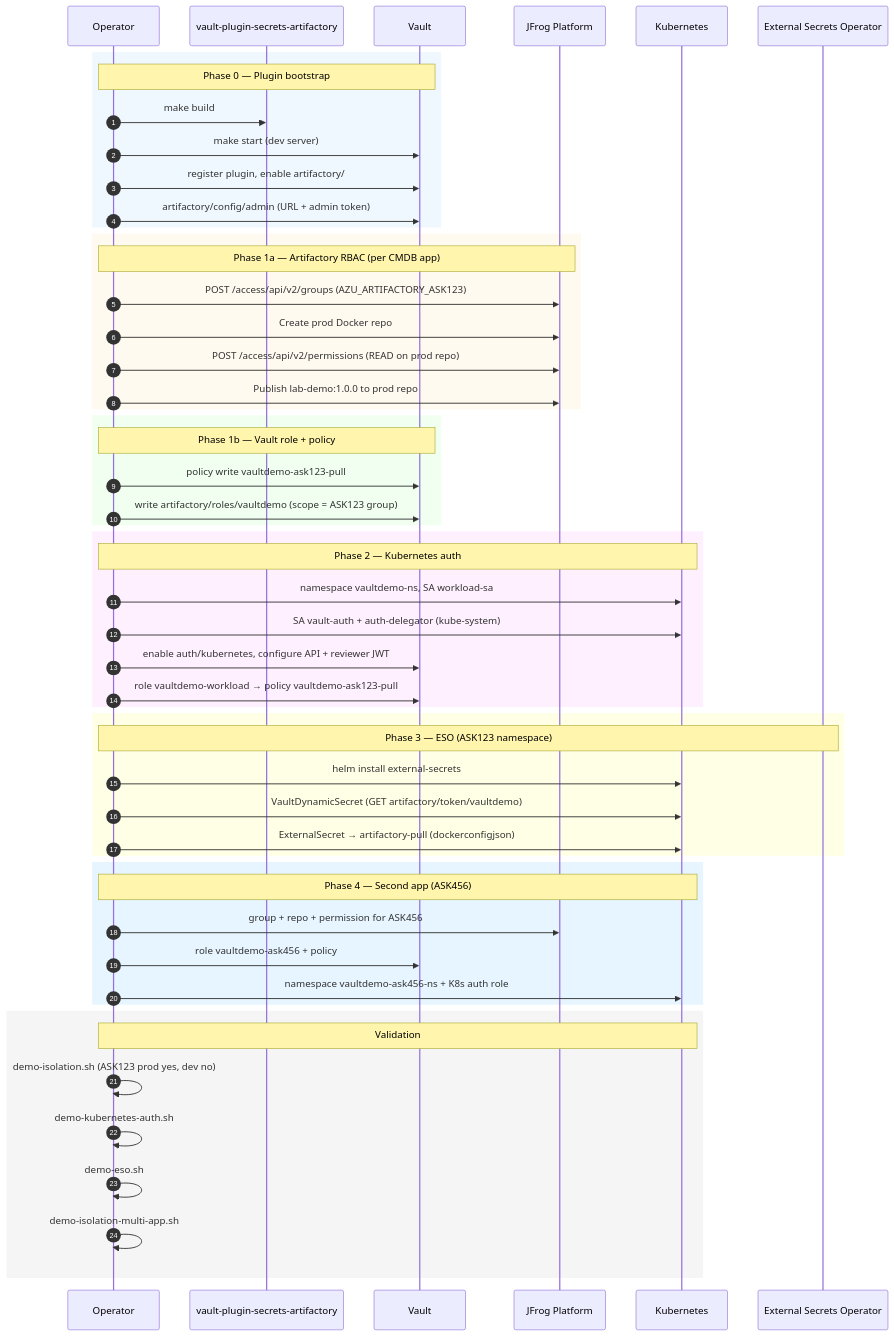
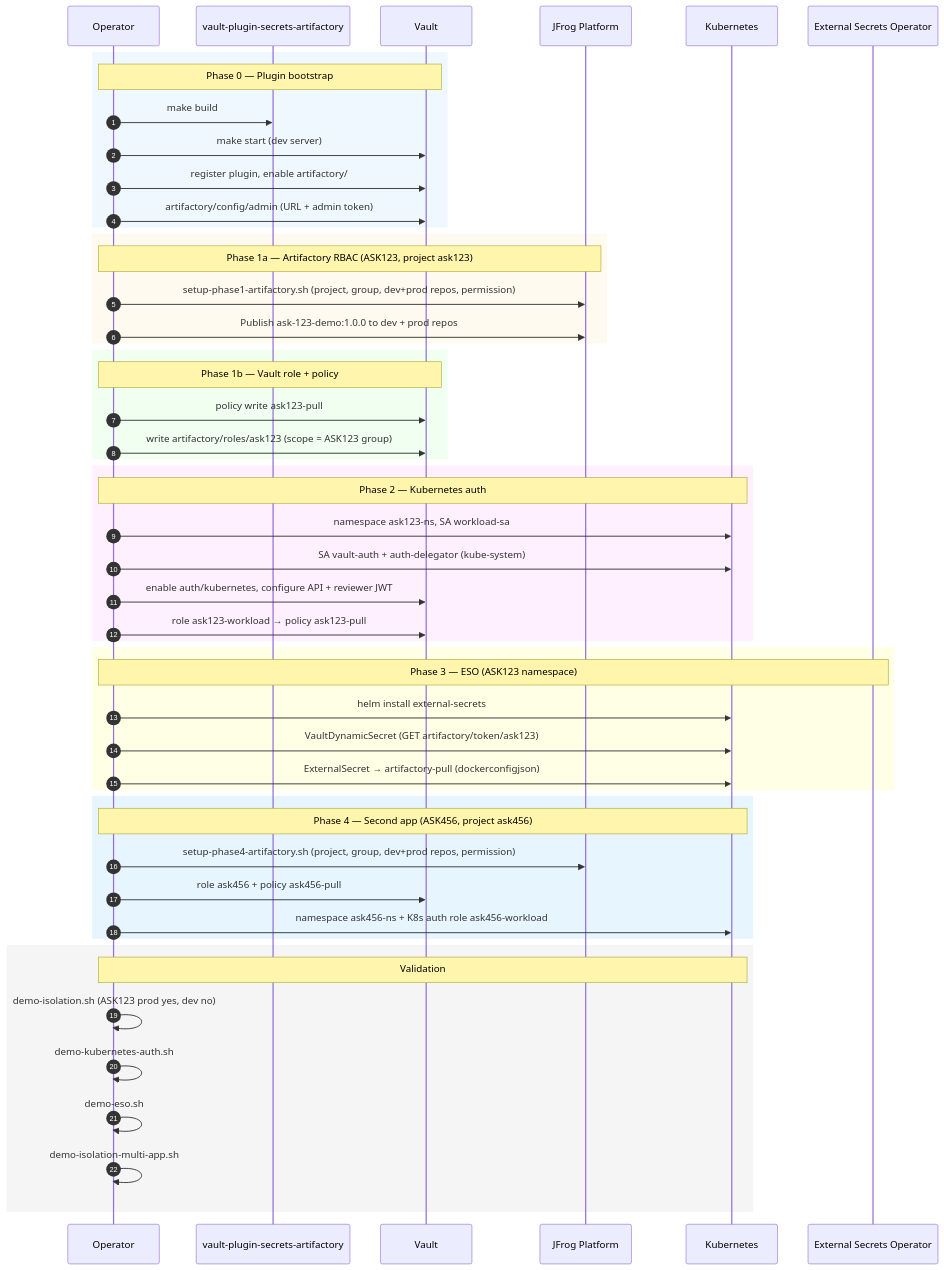
The third of 7 diagrams in docs/visual-architecture.md (tomjfrog/vault-artifactory-lab), drawn with Mermaid before and after one commit. The commit also changed other lines of this file and 32 other files, not shown here.

````diff
--- a/docs/visual-architecture.md
+++ b/docs/visual-architecture.md
@@ -190,62 +193,60 @@
 ```mermaid
 sequenceDiagram
     autonumber
     participant Op as Operator
     participant PluginRepo as vault-plugin-secrets-artifactory
     participant Vault
     participant JFrog as JFrog Platform
     participant K8s as Kubernetes
     participant ESO as External Secrets Operator
 
     rect rgb(240, 248, 255)
         Note over Op,Vault: Phase 0 — Plugin bootstrap
         Op->>PluginRepo: make build
         Op->>Vault: make start (dev server)
         Op->>Vault: register plugin, enable artifactory/
         Op->>Vault: artifactory/config/admin (URL + admin token)
     end
 
     rect rgb(255, 250, 240)
-        Note over Op,JFrog: Phase 1a — Artifactory RBAC (per CMDB app)
-        Op->>JFrog: POST /access/api/v2/groups (AZU_ARTIFACTORY_ASK123)
-        Op->>JFrog: Create prod Docker repo
-        Op->>JFrog: POST /access/api/v2/permissions (READ on prod repo)
-        Op->>JFrog: Publish lab-demo:1.0.0 to prod repo
+        Note over Op,JFrog: Phase 1a — Artifactory RBAC (ASK123, project ask123)
+        Op->>JFrog: setup-phase1-artifactory.sh (project, group, dev+prod repos, permission)
+        Op->>JFrog: Publish ask-123-demo:1.0.0 to dev + prod repos
     end
 
     rect rgb(240, 255, 240)
         Note over Op,Vault: Phase 1b — Vault role + policy
-        Op->>Vault: policy write vaultdemo-ask123-pull
-        Op->>Vault: write artifactory/roles/vaultdemo (scope = ASK123 group)
+        Op->>Vault: policy write ask123-pull
+        Op->>Vault: write artifactory/roles/ask123 (scope = ASK123 group)
     end
 
     rect rgb(255, 240, 255)
         Note over Op,K8s: Phase 2 — Kubernetes auth
-        Op->>K8s: namespace vaultdemo-ns, SA workload-sa
+        Op->>K8s: namespace ask123-ns, SA workload-sa
         Op->>K8s: SA vault-auth + auth-delegator (kube-system)
         Op->>Vault: enable auth/kubernetes, configure API + reviewer JWT
-        Op->>Vault: role vaultdemo-workload → policy vaultdemo-ask123-pull
+        Op->>Vault: role ask123-workload → policy ask123-pull
     end
 
     rect rgb(255, 255, 230)
         Note over Op,ESO: Phase 3 — ESO (ASK123 namespace)
         Op->>K8s: helm install external-secrets
-        Op->>K8s: VaultDynamicSecret (GET artifactory/token/vaultdemo)
+        Op->>K8s: VaultDynamicSecret (GET artifactory/token/ask123)
         Op->>K8s: ExternalSecret → artifactory-pull (dockerconfigjson)
     end
 
     rect rgb(230, 245, 255)
-        Note over Op,K8s: Phase 4 — Second app (ASK456)
-        Op->>JFrog: group + repo + permission for ASK456
-        Op->>Vault: role vaultdemo-ask456 + policy
-        Op->>K8s: namespace vaultdemo-ask456-ns + K8s auth role
+        Note over Op,K8s: Phase 4 — Second app (ASK456, project ask456)
+        Op->>JFrog: setup-phase4-artifactory.sh (project, group, dev+prod repos, permission)
+        Op->>Vault: role ask456 + policy ask456-pull
+        Op->>K8s: namespace ask456-ns + K8s auth role ask456-workload
     end
 
     rect rgb(245, 245, 245)
         Note over Op,K8s: Validation
         Op->>Op: demo-isolation.sh (ASK123 prod yes, dev no)
         Op->>Op: demo-kubernetes-auth.sh
         Op->>Op: demo-eso.sh
         Op->>Op: demo-isolation-multi-app.sh
     end
 ```
````
